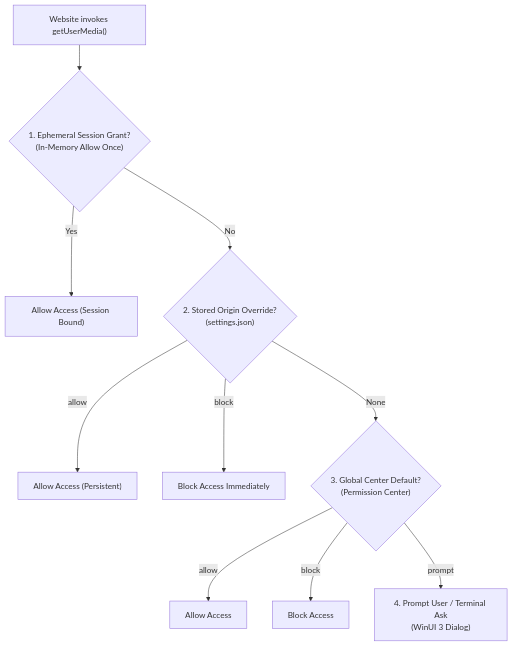
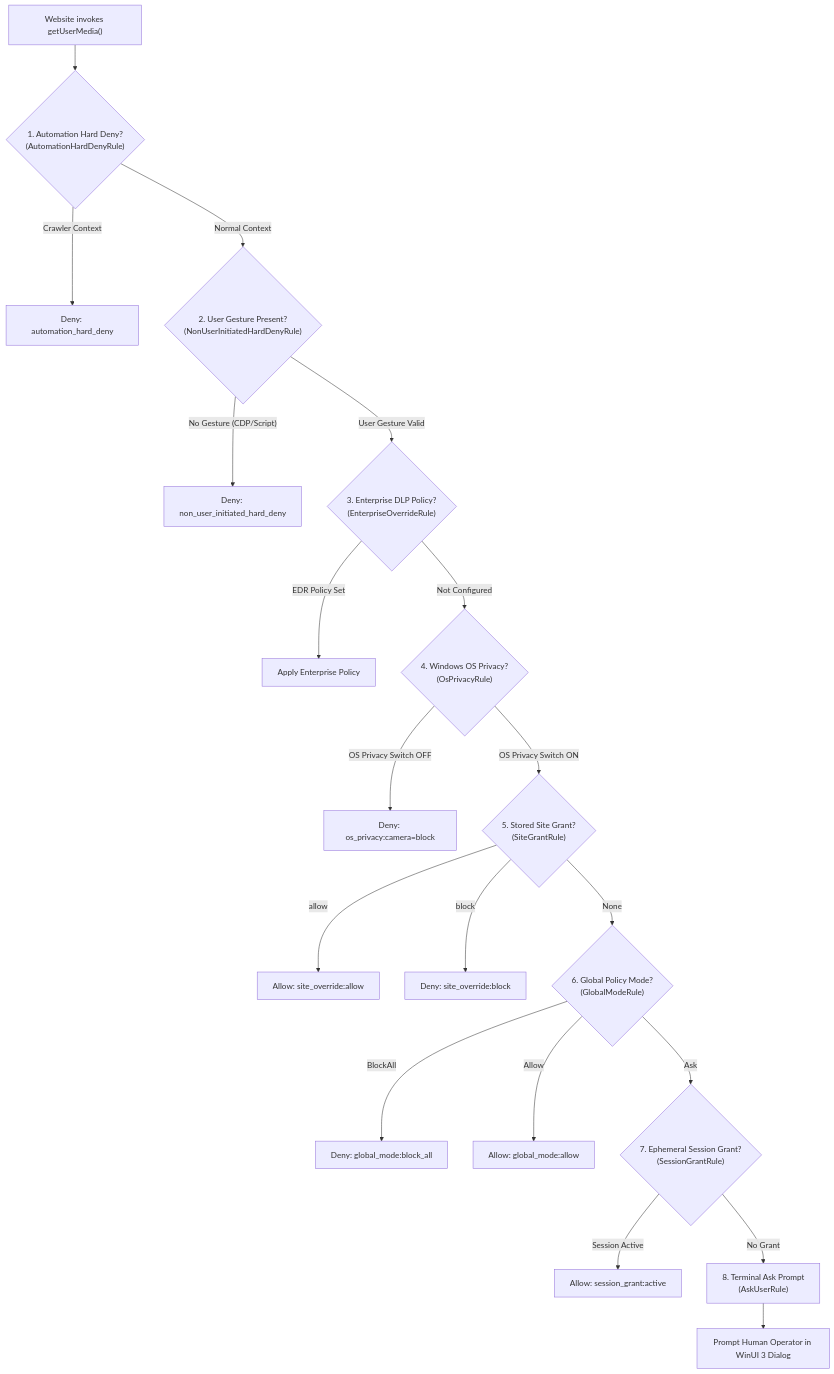
The diagram in docs/core-features/media-intelligence/devices-and-permissions/permission-hierarchy-and-reason-stack/README.md (joelaniol/nova), drawn with Mermaid before and after one commit. The commit also changed other lines of this file and 5 other files, not shown here.

Commit message:
docs(media): document microphone diagnostics, gesture guards, permission resolver, and troubleshooting

````diff
--- a/docs/core-features/media-intelligence/devices-and-permissions/permission-hierarchy-and-reason-stack/README.md
+++ b/docs/core-features/media-intelligence/devices-and-permissions/permission-hierarchy-and-reason-stack/README.md
@@ -14,14 +12,28 @@
 ```mermaid
 flowchart TD
-    Request["Website invokes getUserMedia()"] --> SessionCheck{"1. Ephemeral Session Grant?<br/>(In-Memory Allow Once)"}
-    SessionCheck -- Yes --> AllowSession["Allow Access (Session Bound)"]
-    SessionCheck -- No --> StoredCheck{"2. Stored Origin Override?<br/>(settings.json)"}
-
-    StoredCheck -- "allow" --> AllowStored["Allow Access (Persistent)"]
-    StoredCheck -- "block" --> BlockStored["Block Access Immediately"]
-    StoredCheck -- "None" --> GlobalCheck{"3. Global Center Default?<br/>(Permission Center)"}
-
-    GlobalCheck -- "allow" --> AllowGlobal["Allow Access"]
-    GlobalCheck -- "block" --> BlockGlobal["Block Access"]
-    GlobalCheck -- "prompt" --> TerminalPrompt["4. Prompt User / Terminal Ask<br/>(WinUI 3 Dialog)"]
+    Req["Website invokes getUserMedia()"] --> R0{"1. Automation Hard Deny?<br/>(AutomationHardDenyRule)"}
+    R0 -- "Crawler Context" --> BlockAuto["Deny: automation_hard_deny"]
+    R0 -- "Normal Context" --> R1{"2. User Gesture Present?<br/>(NonUserInitiatedHardDenyRule)"}
+    
+    R1 -- "No Gesture (CDP/Script)" --> BlockGesture["Deny: non_user_initiated_hard_deny"]
+    R1 -- "User Gesture Valid" --> R2{"3. Enterprise DLP Policy?<br/>(EnterpriseOverrideRule)"}
+    
+    R2 -- "EDR Policy Set" --> BlockEnterprise["Apply Enterprise Policy"]
+    R2 -- "Not Configured" --> R3{"4. Windows OS Privacy?<br/>(OsPrivacyRule)"}
+    
+    R3 -- "OS Privacy Switch OFF" --> BlockOS["Deny: os_privacy:camera=block"]
+    R3 -- "OS Privacy Switch ON" --> R4{"5. Stored Site Grant?<br/>(SiteGrantRule)"}
+    
+    R4 -- "allow" --> AllowSite["Allow: site_override:allow"]
+    R4 -- "block" --> BlockSite["Deny: site_override:block"]
+    R4 -- "None" --> R5{"6. Global Policy Mode?<br/>(GlobalModeRule)"}
+    
+    R5 -- "BlockAll" --> BlockGlobal["Deny: global_mode:block_all"]
+    R5 -- "Allow" --> AllowGlobal["Allow: global_mode:allow"]
+    R5 -- "Ask" --> R6{"7. Ephemeral Session Grant?<br/>(SessionGrantRule)"}
+    
+    R6 -- "Session Active" --> AllowSession["Allow: session_grant:active"]
+    R6 -- "No Grant" --> R7["8. Terminal Ask Prompt<br/>(AskUserRule)"]
+    
+    R7 --> PromptUser["Prompt Human Operator in WinUI 3 Dialog"]
 ```
````
